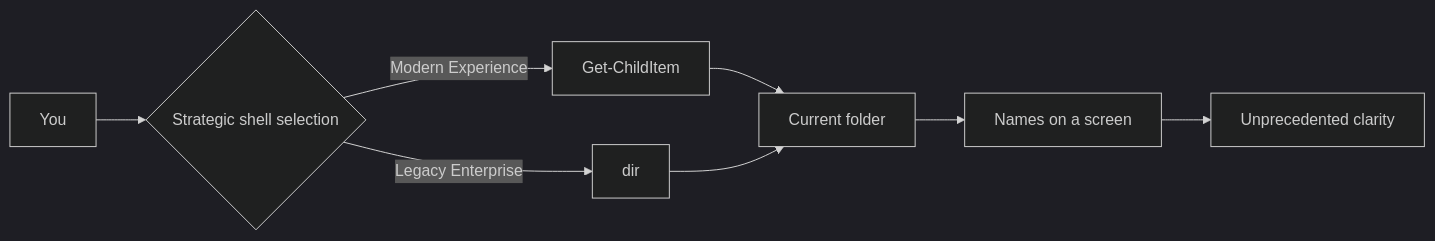
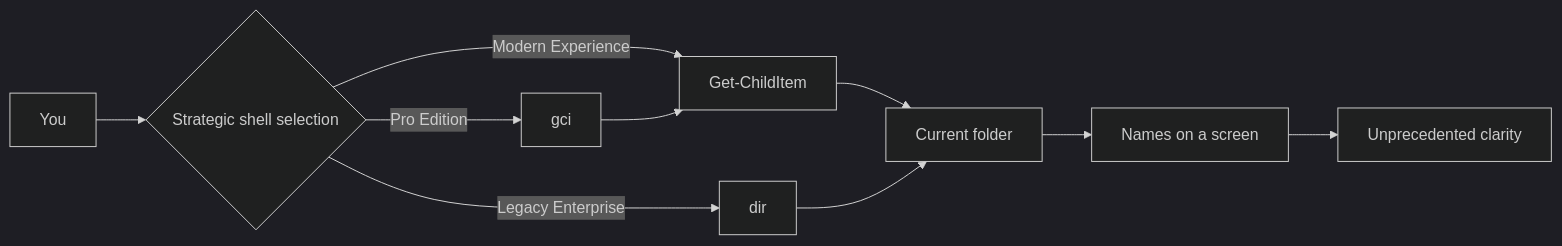
The diagram in README.md (marcovanthoog/diskvision-ultra), drawn with Mermaid (dark theme) before and after one commit. The commit also changed other lines of this file and 3 other files, not shown here.

Commit message:
Introduce Pro Edition and the Space Reclamation roadmap

````diff
--- a/README.md
+++ b/README.md
@@ -64,10 +76,12 @@
 ```mermaid
 flowchart LR
     A[You] --> B{Strategic shell selection}
     B -->|Modern Experience| C[Get-ChildItem]
     B -->|Legacy Enterprise| D[dir]
+    B -->|Pro Edition| P[gci]
+    P --> C
     C --> E[Current folder]
     D --> E
     E --> F[Names on a screen]
     F --> G[Unprecedented clarity]
 ```
````
